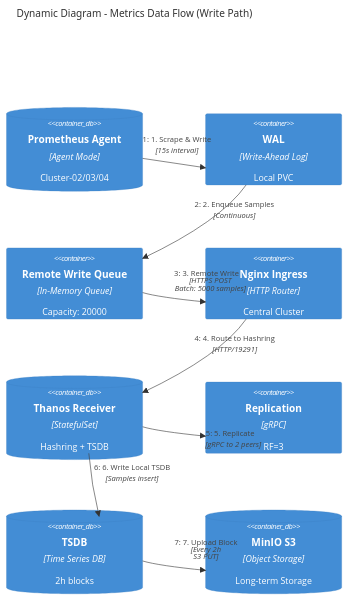
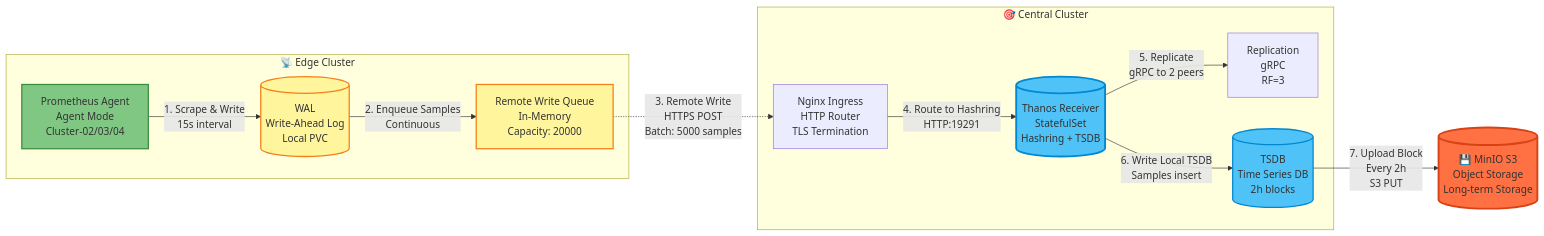
One commit to kronenz/prometheua-HA-kustomize changed the first of 11 diagrams in docs/Agent-Receiver-아키텍처/01-아키텍처/데이터-흐름.md. Above: the diagram before and after it, drawn with Mermaid. The commit also changed other lines of this file and 2 other files, not shown here.

First line of the commit message:
refactor: Replace C4 diagrams with standard Mermaid graph diagrams

````diff
--- a/docs/Agent-Receiver-아키텍처/01-아키텍처/데이터-흐름.md
+++ b/docs/Agent-Receiver-아키텍처/01-아키텍처/데이터-흐름.md
@@ -29,30 +29,32 @@
 ```mermaid
-C4Dynamic
-    title Dynamic Diagram - Metrics Data Flow (Write Path)
+graph LR
+    subgraph EdgeCluster["📡 Edge Cluster"]
+        AGENT["Prometheus Agent<br/>Agent Mode<br/>Cluster-02/03/04"]
+        WAL[("WAL<br/>Write-Ahead Log<br/>Local PVC")]
+        QUEUE["Remote Write Queue<br/>In-Memory<br/>Capacity: 20000"]
+    end
 
-    ContainerDb(agent, "Prometheus Agent", "Agent Mode", "Cluster-02/03/04")
-    Container(wal, "WAL", "Write-Ahead Log", "Local PVC")
-    Container(queue, "Remote Write Queue", "In-Memory Queue", "Capacity: 20000")
+    subgraph CentralCluster["🎯 Central Cluster"]
+        INGRESS["Nginx Ingress<br/>HTTP Router<br/>TLS Termination"]
+        RECEIVER[("Thanos Receiver<br/>StatefulSet<br/>Hashring + TSDB")]
+        REPLICATION["Replication<br/>gRPC<br/>RF=3"]
+        TSDB[("TSDB<br/>Time Series DB<br/>2h blocks")]
+    end
 
-    Container(ingress, "Nginx Ingress", "HTTP Router", "Central Cluster")
-    ContainerDb(receiver, "Thanos Receiver", "StatefulSet", "Hashring + TSDB")
-    Container(replication, "Replication", "gRPC", "RF=3")
-    ContainerDb(tsdb, "TSDB", "Time Series DB", "2h blocks")
-    ContainerDb(s3, "MinIO S3", "Object Storage", "Long-term Storage")
+    S3[("💾 MinIO S3<br/>Object Storage<br/>Long-term Storage")]
 
-    Rel(agent, wal, "1. Scrape & Write", "15s interval")
-    Rel(wal, queue, "2. Enqueue Samples", "Continuous")
-    Rel(queue, ingress, "3. Remote Write", "HTTPS POST<br/>Batch: 5000 samples")
-    Rel(ingress, receiver, "4. Route to Hashring", "HTTP/19291")
-    Rel(receiver, replication, "5. Replicate", "gRPC to 2 peers")
-    Rel(receiver, tsdb, "6. Write Local TSDB", "Samples insert")
-    Rel(tsdb, s3, "7. Upload Block", "Every 2h<br/>S3 PUT")
+    AGENT -->|"1. Scrape & Write<br/>15s interval"| WAL
+    WAL -->|"2. Enqueue Samples<br/>Continuous"| QUEUE
+    QUEUE -.->|"3. Remote Write<br/>HTTPS POST<br/>Batch: 5000 samples"| INGRESS
+    INGRESS -->|"4. Route to Hashring<br/>HTTP:19291"| RECEIVER
+    RECEIVER -->|"5. Replicate<br/>gRPC to 2 peers"| REPLICATION
+    RECEIVER -->|"6. Write Local TSDB<br/>Samples insert"| TSDB
+    TSDB -->|"7. Upload Block<br/>Every 2h<br/>S3 PUT"| S3
 
-    UpdateRelStyle(agent, wal, $offsetY="-40", $offsetX="-50")
-    UpdateRelStyle(wal, queue, $offsetY="-30")
-    UpdateRelStyle(queue, ingress, $offsetY="-40")
-    UpdateRelStyle(ingress, receiver, $offsetY="-30")
-    UpdateRelStyle(receiver, replication, $offsetX="50")
-    UpdateRelStyle(receiver, tsdb, $offsetY="-30")
-    UpdateRelStyle(tsdb, s3, $offsetY="-40")
+    style AGENT fill:#81c784,stroke:#388e3c,stroke-width:2px
+    style WAL fill:#fff59d,stroke:#f57f17,stroke-width:2px
+    style QUEUE fill:#fff59d,stroke:#f57f17,stroke-width:2px
+    style RECEIVER fill:#4fc3f7,stroke:#0288d1,stroke-width:3px
+    style TSDB fill:#4fc3f7,stroke:#0288d1,stroke-width:2px
+    style S3 fill:#ff7043,stroke:#d84315,stroke-width:3px
 ```
````
